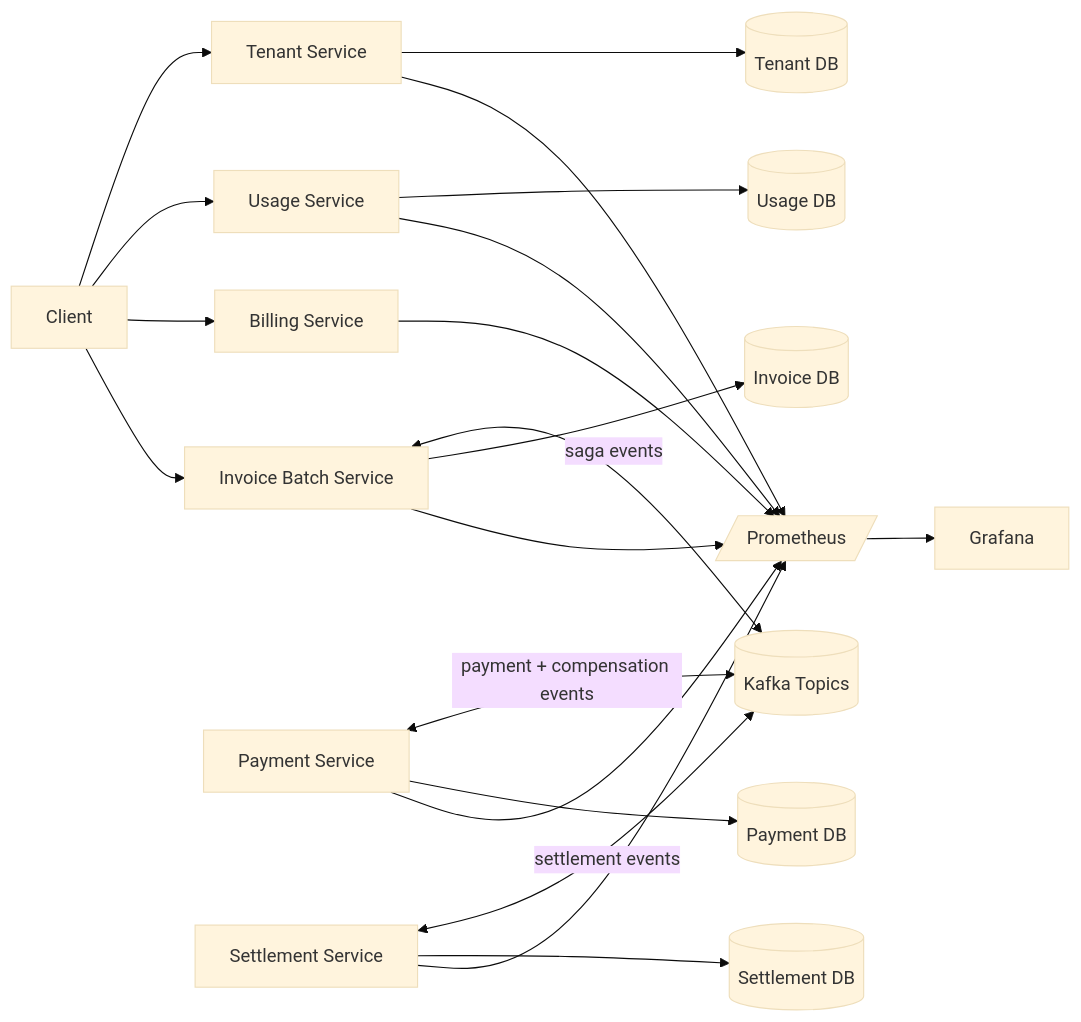
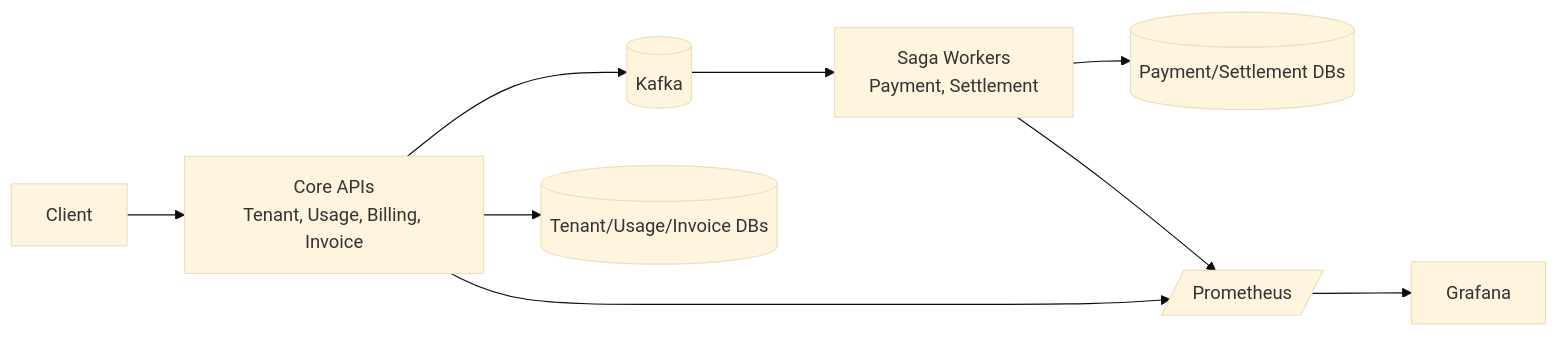
The diagram in README.md (MustafaBulu/billing-platform-parent), drawn with Mermaid (base theme) before and after one commit.

Commit message:
docs: simplify architecture diagram into core blocks

````diff
--- a/README.md
+++ b/README.md
@@ -50,25 +50,13 @@
 ```mermaid
 flowchart LR
-    C[Client] --> T[Tenant Service]
-    C --> U[Usage Service]
-    C --> B[Billing Service]
-    C --> I[Invoice Batch Service]
-    K[(Kafka Topics)]
-    I <-->|saga events| K
-    P[Payment Service] <-->|payment + compensation events| K
-    S[Settlement Service] <-->|settlement events| K
+    C[Client] --> API[Core APIs<br/>Tenant, Usage, Billing, Invoice]
+    API --> K[(Kafka)]
+    K --> WORKERS[Saga Workers<br/>Payment, Settlement]
 
-    T --> MT[(Tenant DB)]
-    U --> MU[(Usage DB)]
-    I --> MI[(Invoice DB)]
-    P --> MP[(Payment DB)]
-    S --> MS[(Settlement DB)]
+    API --> DB1[(Tenant/Usage/Invoice DBs)]
+    WORKERS --> DB2[(Payment/Settlement DBs)]
 
-    T --> PR[/Prometheus/]
-    U --> PR
-    B --> PR
-    I --> PR
-    P --> PR
-    S --> PR
+    API --> PR[/Prometheus/]
+    WORKERS --> PR
     PR --> G[Grafana]
 ```
````
